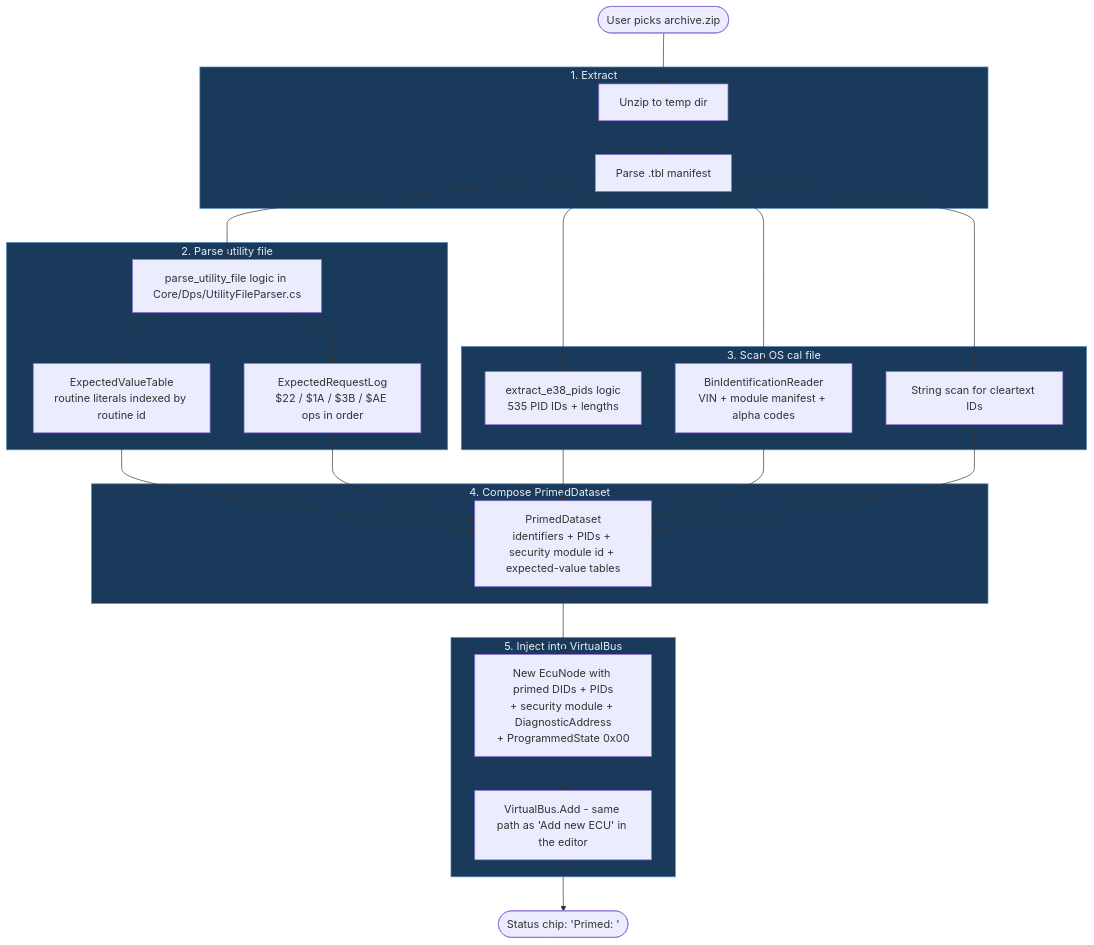
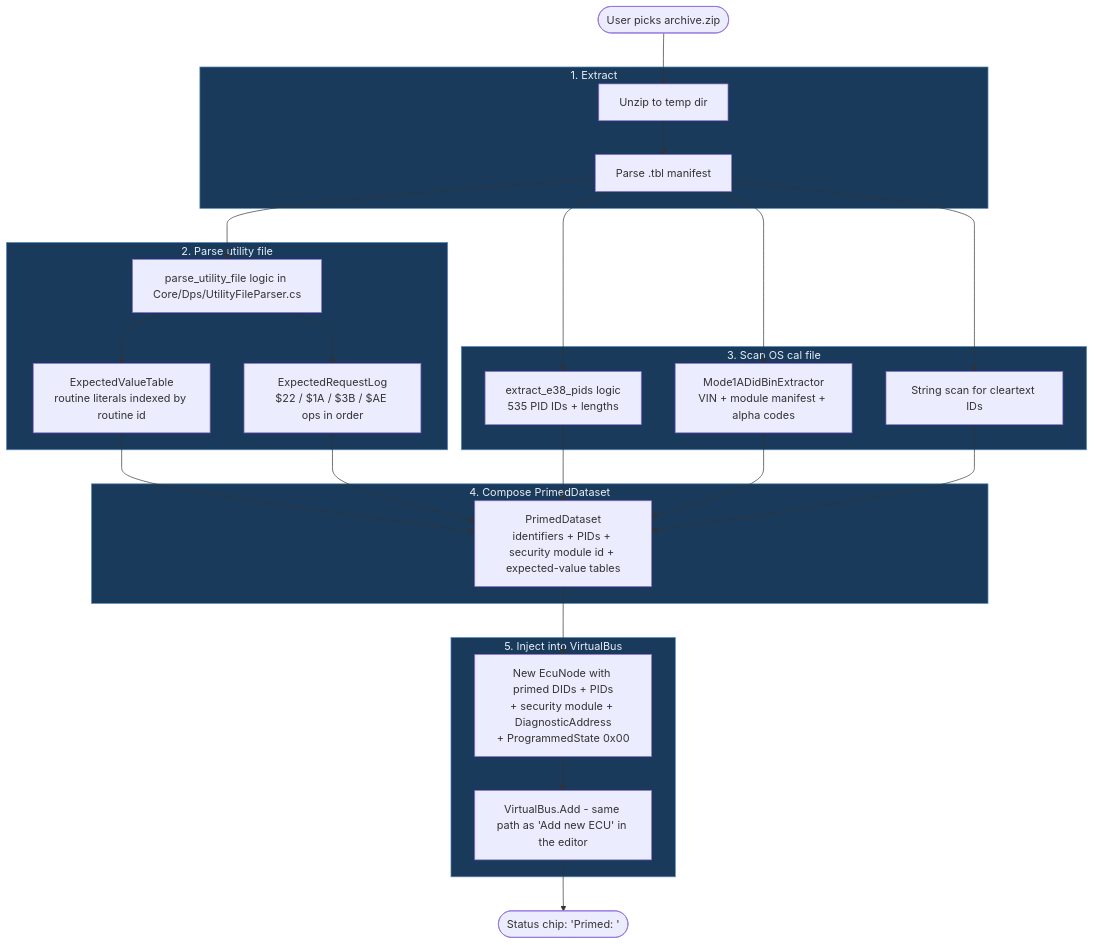
The diagram in Core/Dps/README.md (TorqueUpTech/GM-ECU-Simulator), drawn with Mermaid before and after one commit. The commit also changed other lines of this file and 29 other files, not shown here.

First line of the commit message:
Rename BinIdentificationReader to Mode1ADidBinExtractor and add Mode22 stub

````diff
--- a/Core/Dps/README.md
+++ b/Core/Dps/README.md
@@ -62,47 +62,47 @@
 ```mermaid
 flowchart TD
     Archive([User picks archive.zip])
 
     subgraph Extract["1. Extract"]
         Zip[Unzip to temp dir]
         Tbl[Parse .tbl manifest]
     end
 
     subgraph Parse["2. Parse utility file"]
         UF[parse_utility_file logic in Core/Dps/UtilityFileParser.cs]
         EVT[ExpectedValueTable<br/>routine literals indexed by routine id]
         ERL[ExpectedRequestLog<br/>$22 / $1A / $3B / $AE ops in order]
     end
 
     subgraph Scan["3. Scan OS cal file"]
         PIDs[extract_e38_pids logic<br/>535 PID IDs + lengths]
-        BIR[BinIdentificationReader<br/>VIN + module manifest + alpha codes]
+        BIR[Mode1ADidBinExtractor<br/>VIN + module manifest + alpha codes]
         Strings[String scan for cleartext IDs]
     end
 
     subgraph Compose["4. Compose PrimedDataset"]
         DS[PrimedDataset<br/>identifiers + PIDs + security module id + expected-value tables]
     end
 
     subgraph Inject["5. Inject into VirtualBus"]
         ECU[New EcuNode with primed DIDs + PIDs<br/>+ security module + DiagnosticAddress<br/>+ ProgrammedState 0x00]
         Bus[VirtualBus.Add - same path as 'Add new ECU' in the editor]
     end
 
     Archive --> Zip --> Tbl --> UF
     UF --> EVT
     UF --> ERL
     Tbl --> PIDs
     Tbl --> BIR
     Tbl --> Strings
     EVT --> DS
     ERL --> DS
     PIDs --> DS
     BIR --> DS
     Strings --> DS
     DS --> ECU --> Bus
     Bus --> Done([Status chip: 'Primed: <archive>'])
 
     classDef stage fill:#1a3a5c,stroke:#5a8fbf,color:#e8eef5;
     class Extract,Parse,Scan,Compose,Inject stage;
 ```
````
